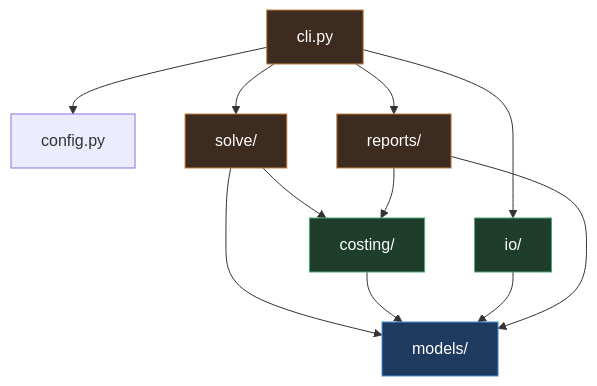
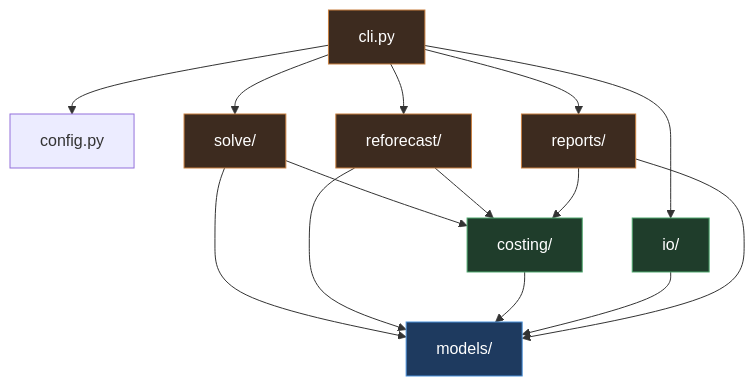
The diagram in docs/06-code-structure-and-dependencies.md (hatandspecs/general_assignment_solver), drawn with Mermaid before and after one commit. The commit also changed other lines of this file and 9 other files, not shown here.

````diff
--- a/docs/06-code-structure-and-dependencies.md
+++ b/docs/06-code-structure-and-dependencies.md
@@ -67,28 +85,32 @@
 ```mermaid
 flowchart TB
     CLI["cli.py"]
     CFG["config.py"]
     MOD["models/"]
     COST["costing/"]
     SOLVE["solve/"]
+    REFORE["reforecast/"]
     IO["io/"]
     REP["reports/"]
 
     CLI --> SOLVE
+    CLI --> REFORE
     CLI --> IO
     CLI --> REP
     CLI --> CFG
     SOLVE --> COST
     SOLVE --> MOD
+    REFORE --> COST
+    REFORE --> MOD
     COST --> MOD
     IO --> MOD
     REP --> COST
     REP --> MOD
 
     classDef leaf fill:#1e3a5f,stroke:#4a90d9,color:#fff
     classDef mid fill:#1f3d2b,stroke:#4fa86f,color:#fff
     classDef top fill:#3d2b1f,stroke:#c87f3f,color:#fff
     class MOD leaf
     class COST,IO mid
-    class SOLVE,REP,CLI top
+    class SOLVE,REFORE,REP,CLI top
 ```
````
